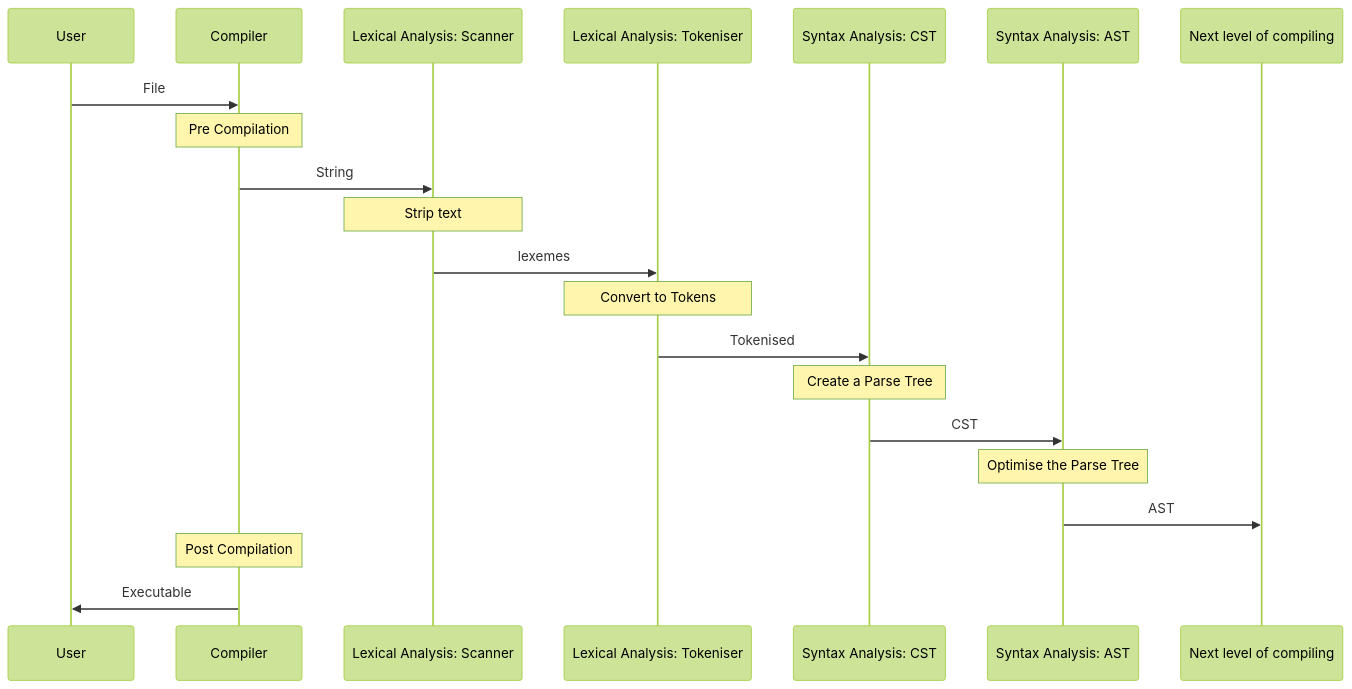
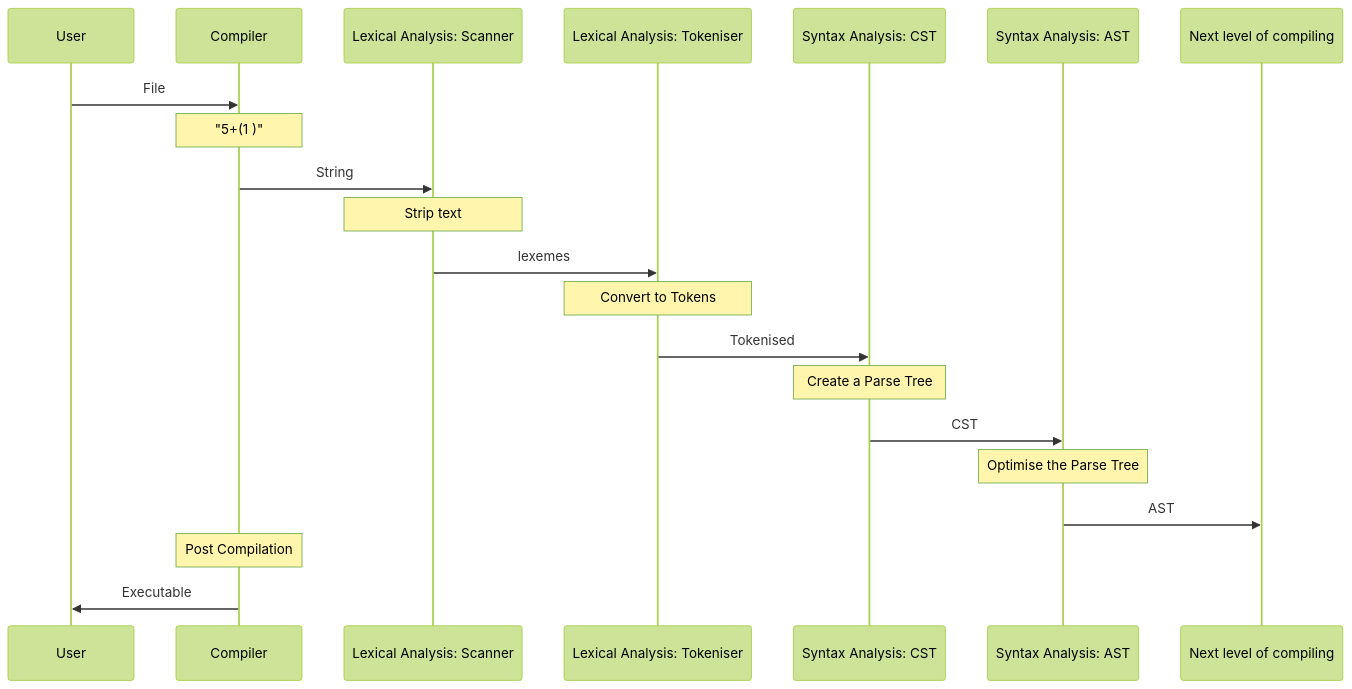
The diagram in drafts/2019-02-25-Compiler-I-AST.md (trshant-sugoi/stackedit), drawn with Mermaid (forest theme) before and after one commit. The commit also changed other lines of this file, not shown here.

````diff
--- a/drafts/2019-02-25-Compiler-I-AST.md
+++ b/drafts/2019-02-25-Compiler-I-AST.md
@@ -18,23 +18,23 @@
 ```mermaid
 sequenceDiagram
 participant U as User  
 participant C as Compiler   
 participant S as Lexical Analysis: Scanner
 participant T as Lexical Analysis: Tokeniser   
 participant SA1 as Syntax Analysis: CST
 participant SA2 as Syntax Analysis: AST 
 
 U ->> C  : File  
-Note over C: Pre Compilation
+Note over C: "5+(1 )"
 C ->> S  : String
 Note over S: Strip text
 S ->> T  : lexemes 
 Note over T: Convert to Tokens
 T ->> SA1 : Tokenised   
 Note over SA1: Create a Parse Tree
 SA1  ->> SA2 : CST
 Note over SA2: Optimise the Parse Tree
 SA2  ->> Next level of compiling: AST 
 Note over C: Post Compilation
 C ->> U: Executable  
 ```  
````
